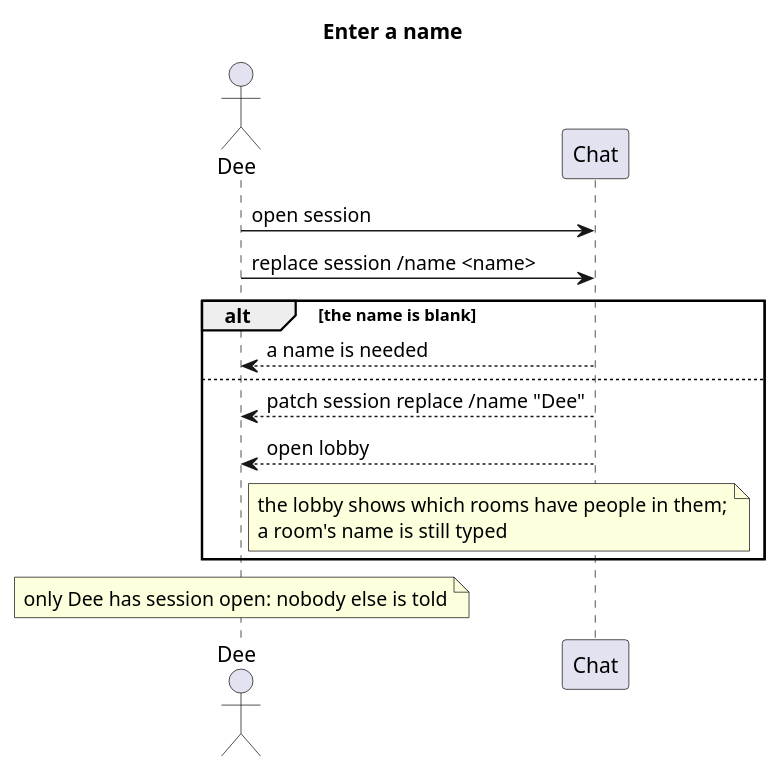
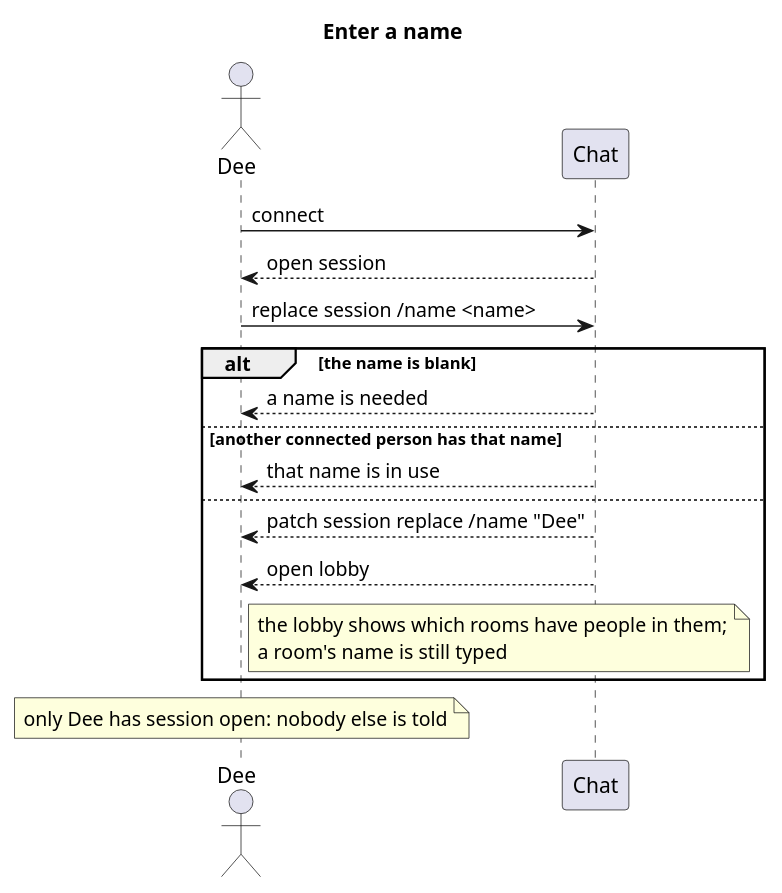
Before and after one commit to blueshed/dzql: the diagram in uml/src/seq-enter-a-name.puml, drawn with PlantUML. The commit also changed 10 other files, not shown here.

```diff
--- a/uml/src/seq-enter-a-name.puml
+++ b/uml/src/seq-enter-a-name.puml
@@ -1,16 +1,19 @@
 @startuml
 title Enter a name
 actor "Dee" as dee
 participant "Chat" as app
 
-dee -> app : open session
+dee -> app : connect
+app --> dee : open session
 dee -> app : replace session /name <name>
 alt the name is blank
   app --> dee : a name is needed
+else another connected person has that name
+  app --> dee : that name is in use
 else
   app --> dee : patch session replace /name "Dee"
   app --> dee : open lobby
   note right of dee : the lobby shows which rooms have people in them;\na room's name is still typed
 end
 note over dee : only Dee has session open: nobody else is told
 @enduml
```
